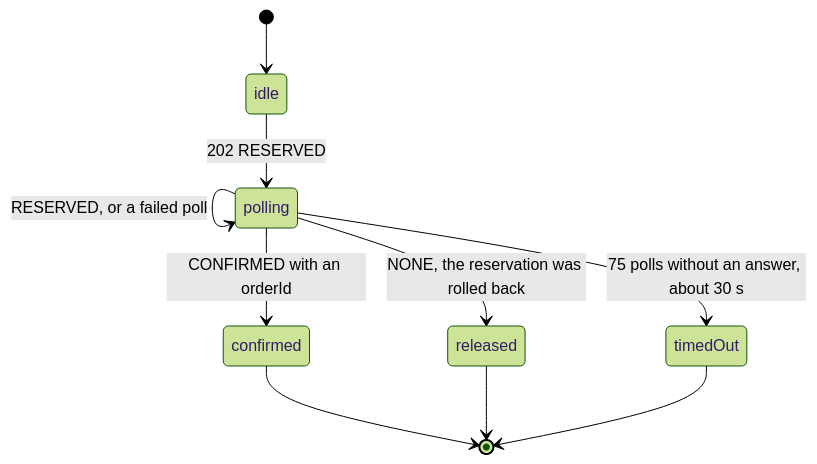
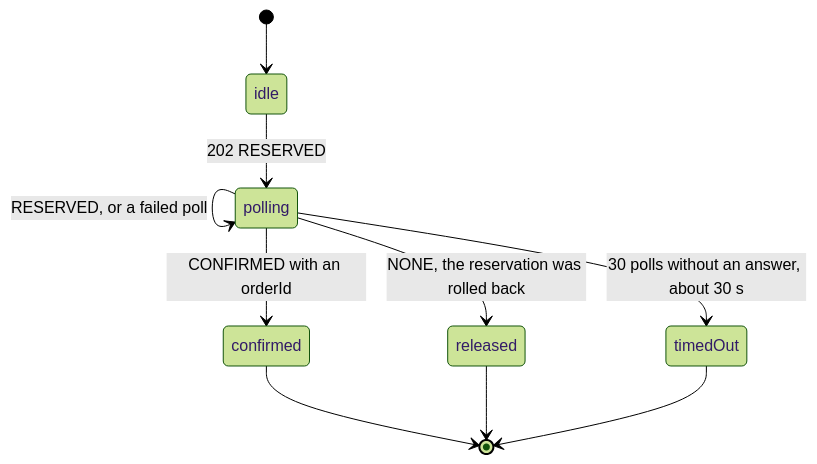
The ninth of 9 diagrams in docs/purchase-flow.md (minhhieple97/flash-sale-system), drawn with Mermaid (forest theme) before and after one commit. The commit also changed other lines of this file and 9 other files, not shown here.

Commit message:
docs: condense README and sync architecture, fault-tolerance, and benchmark docs

````diff
--- a/docs/purchase-flow.md
+++ b/docs/purchase-flow.md
@@ -200,12 +200,12 @@
 ```mermaid
 stateDiagram-v2
     [*] --> idle
     idle --> polling: 202 RESERVED
     polling --> polling: RESERVED, or a failed poll
     polling --> confirmed: CONFIRMED with an orderId
     polling --> released: NONE, the reservation was rolled back
-    polling --> timedOut: 75 polls without an answer, about 30 s
+    polling --> timedOut: 30 polls without an answer, about 30 s
     confirmed --> [*]
     released --> [*]
     timedOut --> [*]
 ```
````
